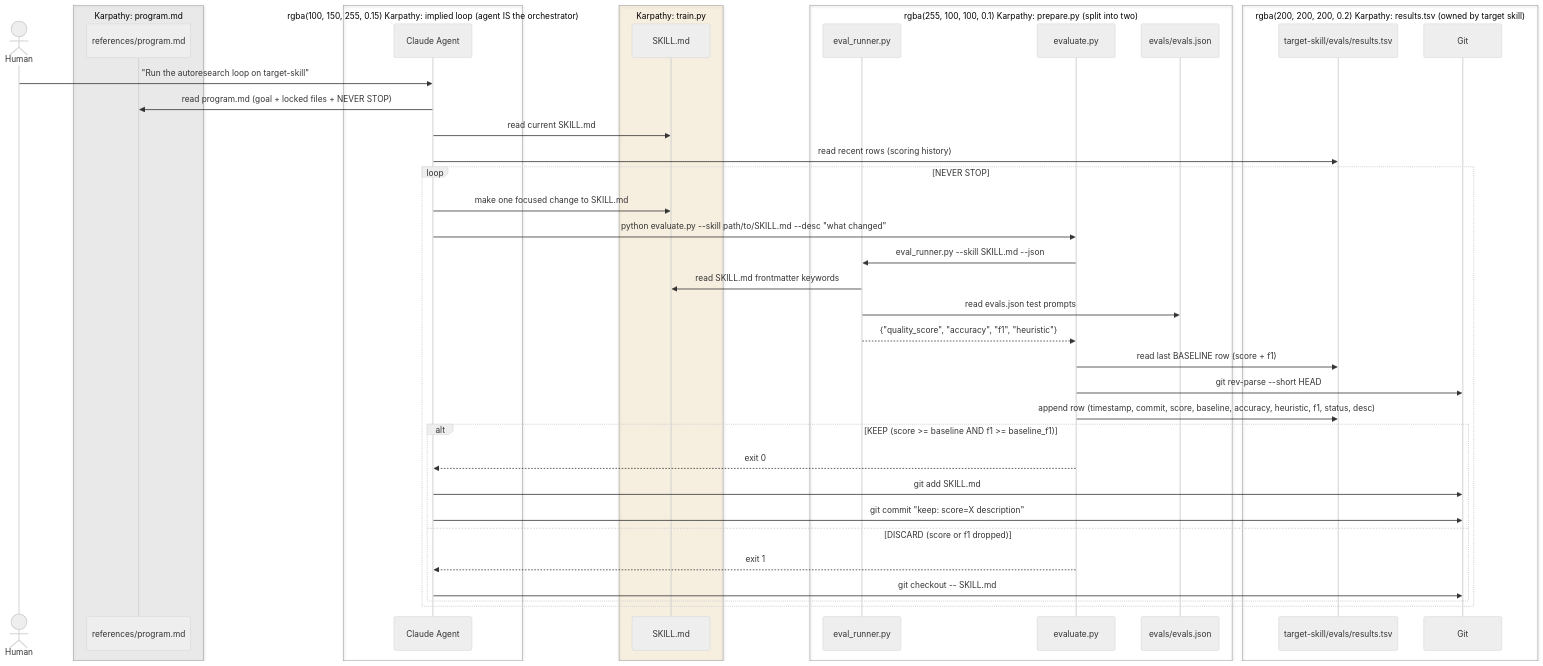
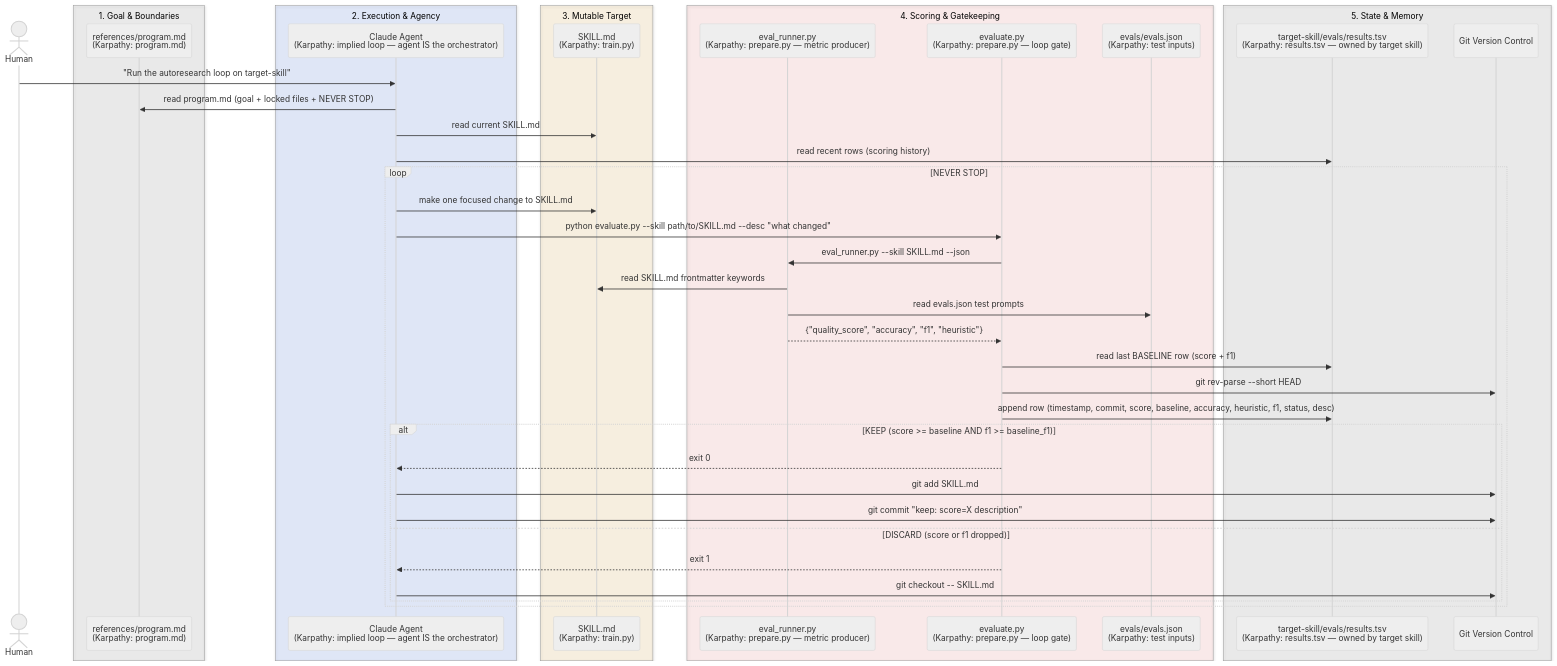
One commit to richfrem/agent-plugins-skills changed the diagram in plugins/agent-agentic-os/skills/skill-improvement-eval/references/diagrams/autoresearch-loop.mmd. Above: the diagram before and after it, drawn with Mermaid (neutral theme).

Commit message:
docs(diagrams): restore numbered box structure in autoresearch-loop.mmd
Keep original numbered logical role boxes (1-5) and inline Karpathy mapping
on each participant. Only fix: train.py removed from box 2 (Agent IS the
orchestrator), prepare.py split into eval_runner.py + evaluate.py with role
labels, ledger corrected to target-skill/evals/results.tsv

```diff
--- a/plugins/agent-agentic-os/skills/skill-improvement-eval/references/diagrams/autoresearch-loop.mmd
+++ b/plugins/agent-agentic-os/skills/skill-improvement-eval/references/diagrams/autoresearch-loop.mmd
@@ -1,57 +1,57 @@
 sequenceDiagram
     actor Human
 
-    box rgba(200, 200, 200, 0.2) Karpathy: program.md
-        participant Spec as references/program.md
+    box rgba(200, 200, 200, 0.2) 1. Goal & Boundaries
+        participant Spec as references/program.md<br/>(Karpathy: program.md)
     end
 
-    box rgba(100, 150, 255, 0.15) Karpathy: implied loop (agent IS the orchestrator)
-        participant Agent as Claude Agent
+    box rgba(100, 150, 255, 0.15) 2. Execution & Agency
+        participant Agent as Claude Agent<br/>(Karpathy: implied loop — agent IS the orchestrator)
     end
 
-    box rgba(255, 200, 100, 0.15) Karpathy: train.py
-        participant Target as SKILL.md
+    box rgba(255, 200, 100, 0.15) 3. Mutable Target
+        participant Target as SKILL.md<br/>(Karpathy: train.py)
     end
 
-    box rgba(255, 100, 100, 0.1) Karpathy: prepare.py (split into two)
-        participant Grader as eval_runner.py
-        participant Gate as evaluate.py
-        participant Tests as evals/evals.json
+    box rgba(255, 100, 100, 0.1) 4. Scoring & Gatekeeping
+        participant Grader as eval_runner.py<br/>(Karpathy: prepare.py — metric producer)
+        participant Gate as evaluate.py<br/>(Karpathy: prepare.py — loop gate)
+        participant Tests as evals/evals.json<br/>(Karpathy: test inputs)
     end
 
-    box rgba(200, 200, 200, 0.2) Karpathy: results.tsv (owned by target skill)
-        participant Ledger as target-skill/evals/results.tsv
-        participant Git as Git
+    box rgba(200, 200, 200, 0.2) 5. State & Memory
+        participant Ledger as target-skill/evals/results.tsv<br/>(Karpathy: results.tsv — owned by target skill)
+        participant Git as Git Version Control
     end
 
     Human->>Agent: "Run the autoresearch loop on target-skill"
 
     Agent->>Spec: read program.md (goal + locked files + NEVER STOP)
     Agent->>Target: read current SKILL.md
     Agent->>Ledger: read recent rows (scoring history)
 
     loop NEVER STOP
 
         Agent->>Target: make one focused change to SKILL.md
 
         Agent->>Gate: python evaluate.py --skill path/to/SKILL.md --desc "what changed"
 
         Gate->>Grader: eval_runner.py --skill SKILL.md --json
         Grader->>Target: read SKILL.md frontmatter keywords
         Grader->>Tests: read evals.json test prompts
         Grader-->>Gate: {"quality_score", "accuracy", "f1", "heuristic"}
 
         Gate->>Ledger: read last BASELINE row (score + f1)
         Gate->>Git: git rev-parse --short HEAD
         Gate->>Ledger: append row (timestamp, commit, score, baseline, accuracy, heuristic, f1, status, desc)
 
         alt KEEP (score >= baseline AND f1 >= baseline_f1)
             Gate-->>Agent: exit 0
             Agent->>Git: git add SKILL.md
             Agent->>Git: git commit "keep: score=X description"
         else DISCARD (score or f1 dropped)
             Gate-->>Agent: exit 1
             Agent->>Git: git checkout -- SKILL.md
         end
 
     end
```
